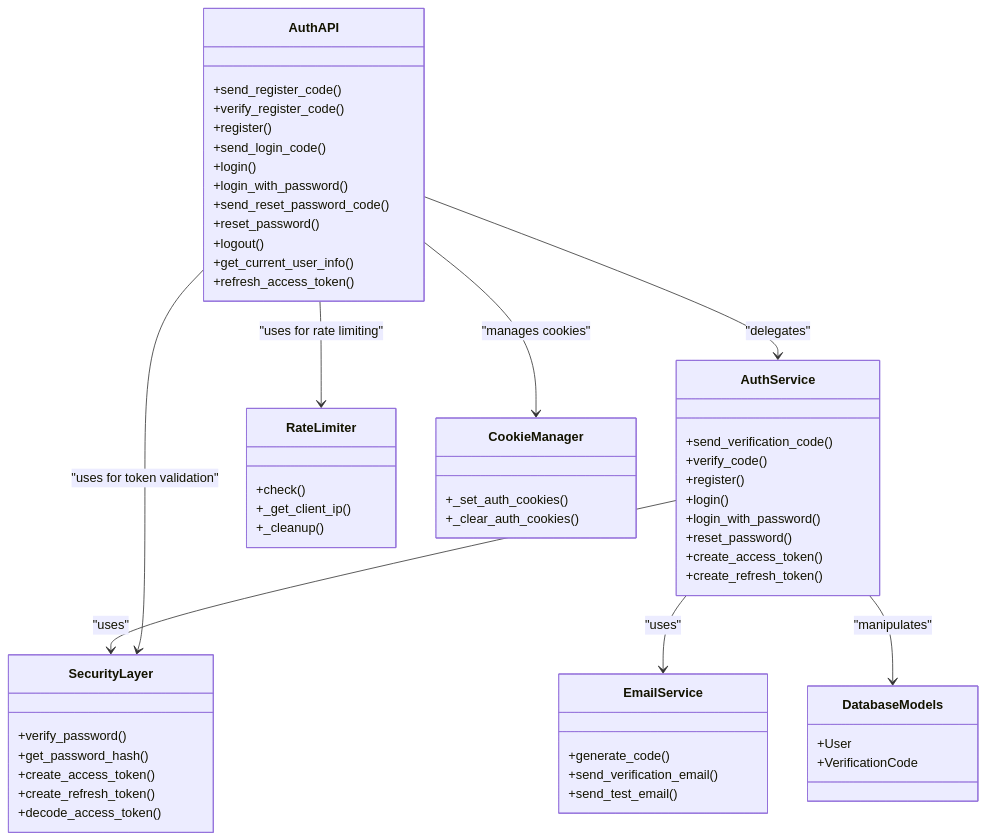
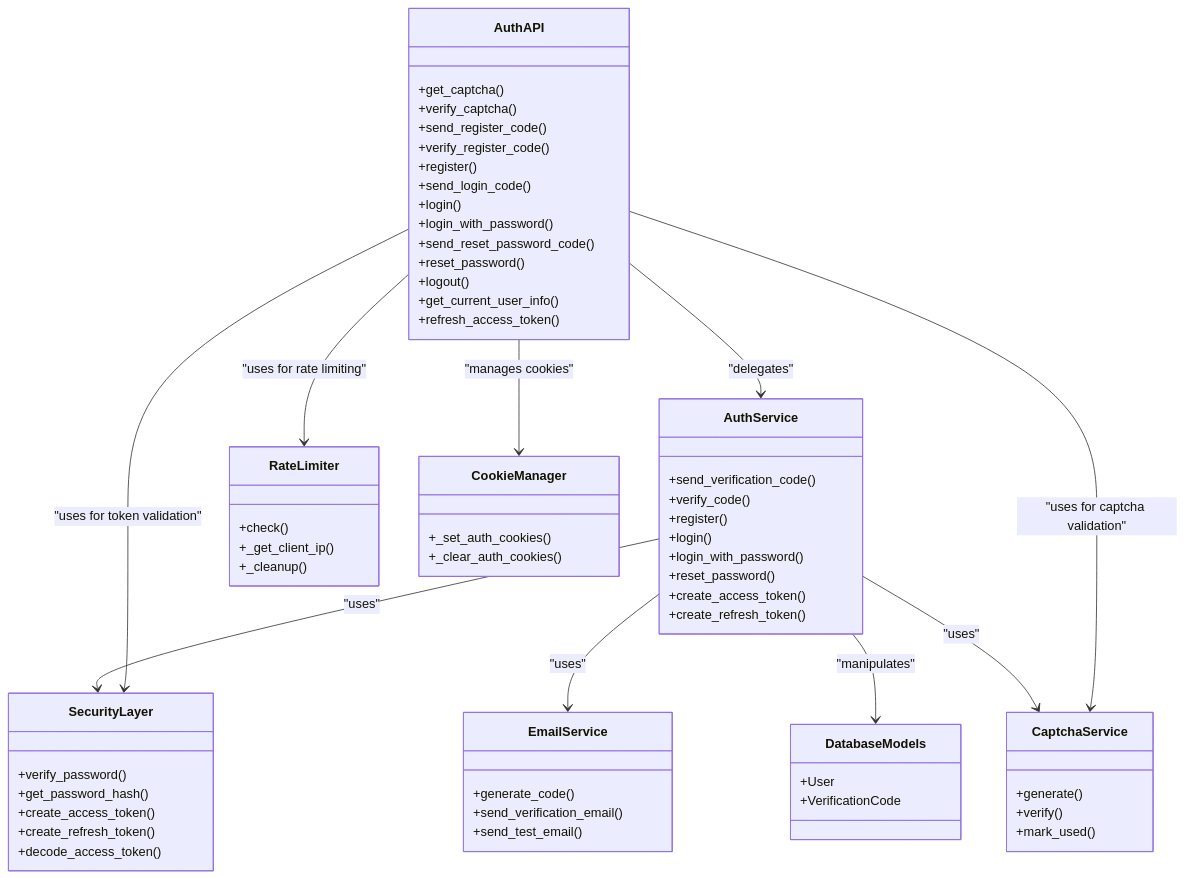
The fourth of 5 diagrams in .qoder/repowiki/en/content/Backend System/API Endpoints Reference/Authentication Endpoints.md (rainRise/aidiary), drawn with Mermaid before and after one commit. The commit also changed other lines of this file and 16 other files, not shown here.

````diff
--- a/.qoder/repowiki/en/content/Backend System/API Endpoints Reference/Authentication Endpoints.md
+++ b/.qoder/repowiki/en/content/Backend System/API Endpoints Reference/Authentication Endpoints.md
@@ -667,58 +847,67 @@
 ```mermaid
 classDiagram
 class AuthAPI {
++get_captcha()
++verify_captcha()
 +send_register_code()
 +verify_register_code()
 +register()
 +send_login_code()
 +login()
 +login_with_password()
 +send_reset_password_code()
 +reset_password()
 +logout()
 +get_current_user_info()
 +refresh_access_token()
 }
 class AuthService {
 +send_verification_code()
 +verify_code()
 +register()
 +login()
 +login_with_password()
 +reset_password()
 +create_access_token()
 +create_refresh_token()
+}
+class CaptchaService {
++generate()
++verify()
++mark_used()
 }
 class SecurityLayer {
 +verify_password()
 +get_password_hash()
 +create_access_token()
 +create_refresh_token()
 +decode_access_token()
 }
 class RateLimiter {
 +check()
 +_get_client_ip()
 +_cleanup()
 }
 class EmailService {
 +generate_code()
 +send_verification_email()
 +send_test_email()
 }
 class DatabaseModels {
 +User
 +VerificationCode
 }
 class CookieManager {
 +_set_auth_cookies()
 +_clear_auth_cookies()
 }
 AuthAPI --> AuthService : "delegates"
 AuthService --> SecurityLayer : "uses"
 AuthService --> EmailService : "uses"
 AuthService --> DatabaseModels : "manipulates"
+AuthService --> CaptchaService : "uses"
 AuthAPI --> SecurityLayer : "uses for token validation"
 AuthAPI --> CookieManager : "manages cookies"
 AuthAPI --> RateLimiter : "uses for rate limiting"
+AuthAPI --> CaptchaService : "uses for captcha validation"
 ```
````
